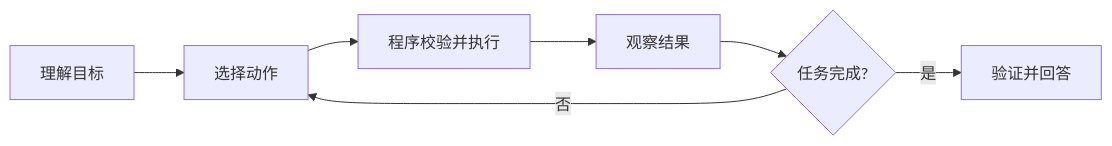
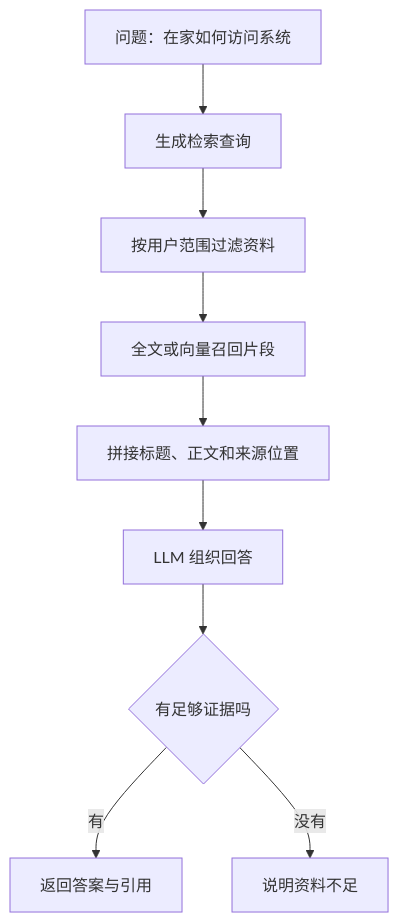
The second of 2 diagrams in docs/ai-agent/llm-workflow-rag-agent.md (upJiang/jiang-blog-vitepress), drawn with Mermaid before and after one commit. The commit also changed other lines of this file and 129 other files, not shown here.

````diff
--- a/docs/ai-agent/llm-workflow-rag-agent.md
+++ b/docs/ai-agent/llm-workflow-rag-agent.md
@@ -103,9 +142,11 @@
 ```mermaid
-flowchart LR
-  A[理解目标] --> B[选择动作]
-  B --> C[程序校验并执行]
-  C --> D[观察结果]
-  D --> E{任务完成?}
-  E -->|否| B
-  E -->|是| F[验证并回答]
+flowchart TD
+  Q[问题：在家如何访问系统] --> R[生成检索查询]
+  R --> F[按用户范围过滤资料]
+  F --> S[全文或向量召回片段]
+  S --> P[拼接标题、正文和来源位置]
+  P --> L[LLM 组织回答]
+  L --> V{有足够证据吗}
+  V -->|有| Y[返回答案与引用]
+  V -->|没有| N[说明资料不足]
 ```
````
